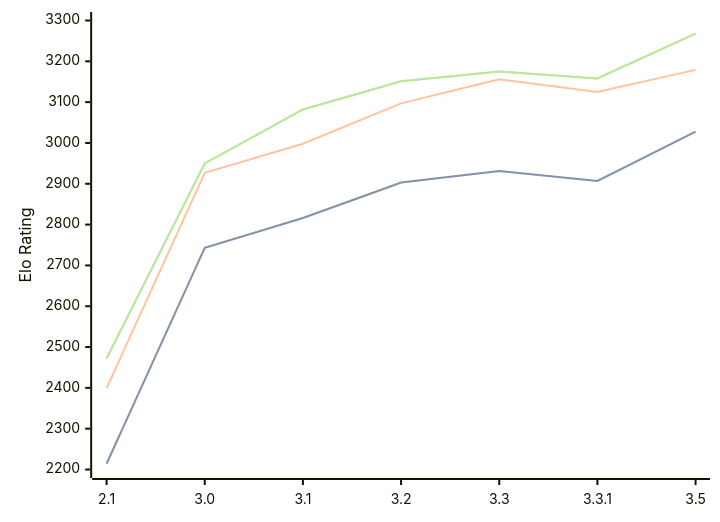
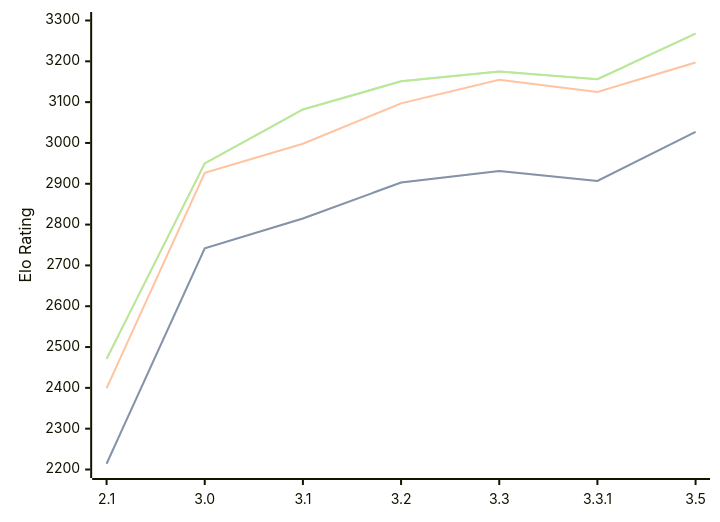
The diagram in engines/Petrel.md (computer-chess-index/cci), drawn with Mermaid before and after one commit. The commit also changed other lines of this file, not shown here.

Commit message:
Update CCI Ratings (ELO VLTC) - 2026-06-10

````diff
--- a/engines/Petrel.md
+++ b/engines/Petrel.md
@@ -46,11 +46,11 @@
 ```mermaid
 %%{init: {"theme":"base","themeVariables":{"seriesColors:['#a3a3a3','#222221','#faa371']}}}%%
 xychart-beta
   x-axis ["2.1", "3.0", "3.1", "3.2", "3.3", "3.3.1", "3.5"]
   y-axis "Elo Rating" 2200 --> 3300
-  line "STC (8.0+0.08s)" [2214, 2743, 2816, 2903, 2931, 2907, 3028]
-  line "STC (8.0+0.08s)" [2214, 2743, 2816, 2903, 2931, 2907, 3028]
-  line "LTC (60.0+0.60s)" [2399, 2927, 2998, 3097, 3156, 3125, 3179]
-  line "VLTC (2m24s+1.12s)" [2472, 2950, 3082, 3151, 3175, 3158, 3268]
-  line "VLTC (2m24s+1.12s)" [2472, 2950, 3082, 3151, 3175, 3158, 3268]
+  line "STC (8.0+0.08s)" [2214, 2742, 2815, 2903, 2931, 2907, 3027]
+  line "STC (8.0+0.08s)" [2214, 2742, 2815, 2903, 2931, 2907, 3027]
+  line "LTC (60.0+0.60s)" [2399, 2927, 2998, 3097, 3155, 3125, 3197]
+  line "VLTC (2m24s+1.12s)" [2471, 2950, 3082, 3151, 3175, 3156, 3268]
+  line "VLTC (2m24s+1.12s)" [2471, 2950, 3082, 3151, 3175, 3156, 3268]
 ```
````
